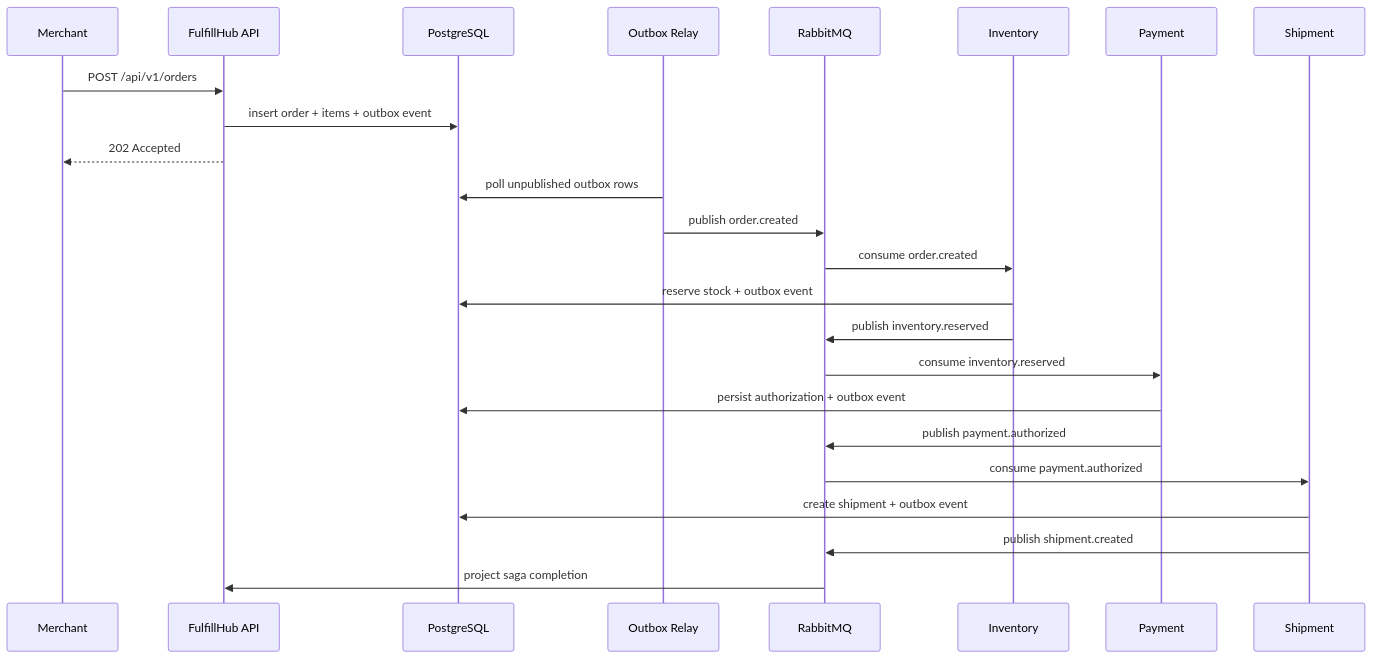
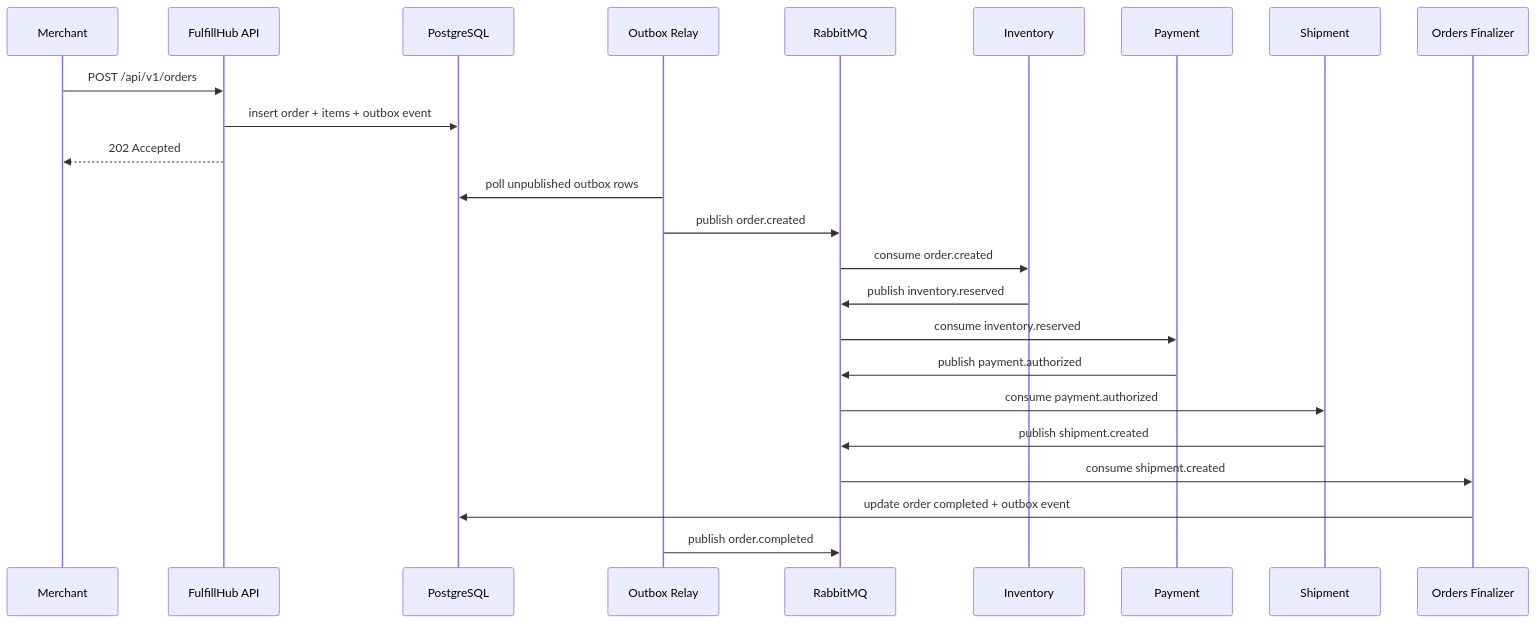
One commit to Defyland/fulfillhub-go-commerce-platform changed the diagram in docs/diagrams/order-saga-sequence.md. Above: the diagram before and after it, drawn with Mermaid. The commit also changed other lines of this file and 20 other files, not shown here.

````diff
--- a/docs/diagrams/order-saga-sequence.md
+++ b/docs/diagrams/order-saga-sequence.md
@@ -3,27 +3,27 @@
 ```mermaid
 sequenceDiagram
   participant Merchant
   participant API as FulfillHub API
   participant DB as PostgreSQL
   participant Relay as Outbox Relay
   participant MQ as RabbitMQ
   participant Inventory
   participant Payment
   participant Shipment
+  participant Orders as Orders Finalizer
 
   Merchant->>API: POST /api/v1/orders
   API->>DB: insert order + items + outbox event
   API-->>Merchant: 202 Accepted
   Relay->>DB: poll unpublished outbox rows
   Relay->>MQ: publish order.created
   MQ->>Inventory: consume order.created
-  Inventory->>DB: reserve stock + outbox event
   Inventory->>MQ: publish inventory.reserved
   MQ->>Payment: consume inventory.reserved
-  Payment->>DB: persist authorization + outbox event
   Payment->>MQ: publish payment.authorized
   MQ->>Shipment: consume payment.authorized
-  Shipment->>DB: create shipment + outbox event
   Shipment->>MQ: publish shipment.created
-  MQ->>API: project saga completion
+  MQ->>Orders: consume shipment.created
+  Orders->>DB: update order completed + outbox event
+  Relay->>MQ: publish order.completed
 ```
````
